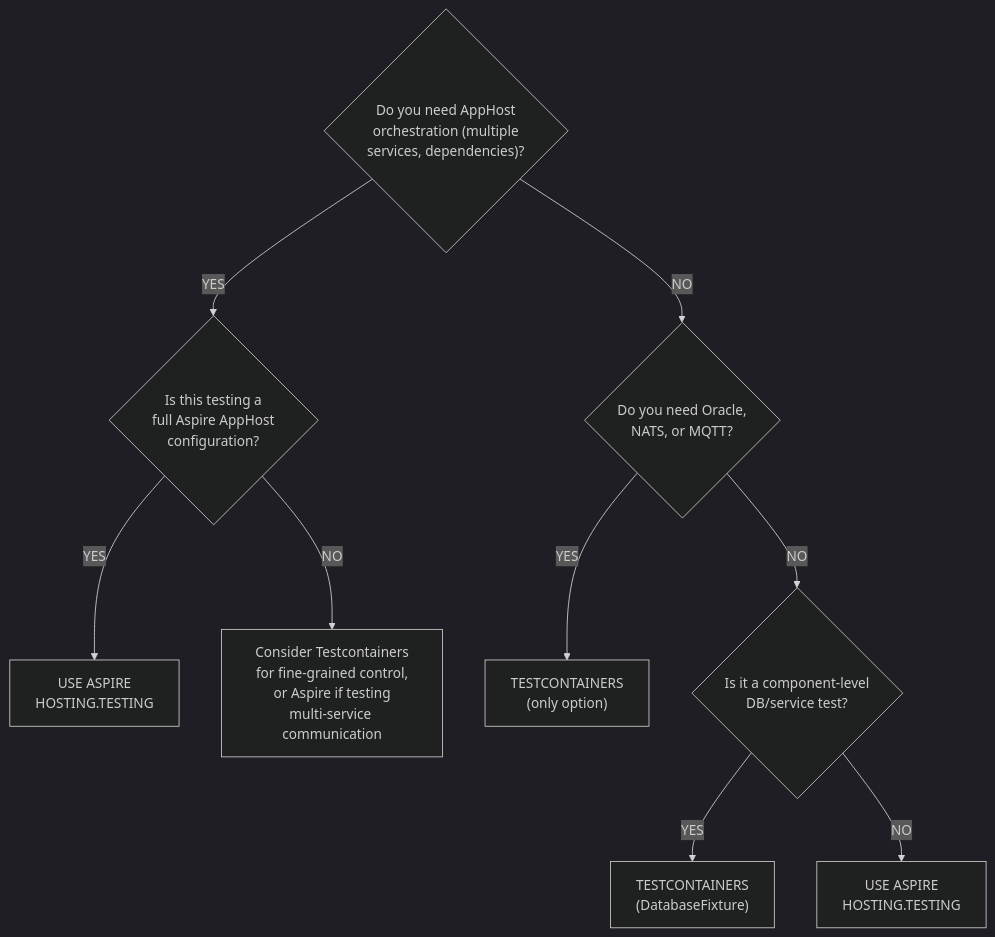
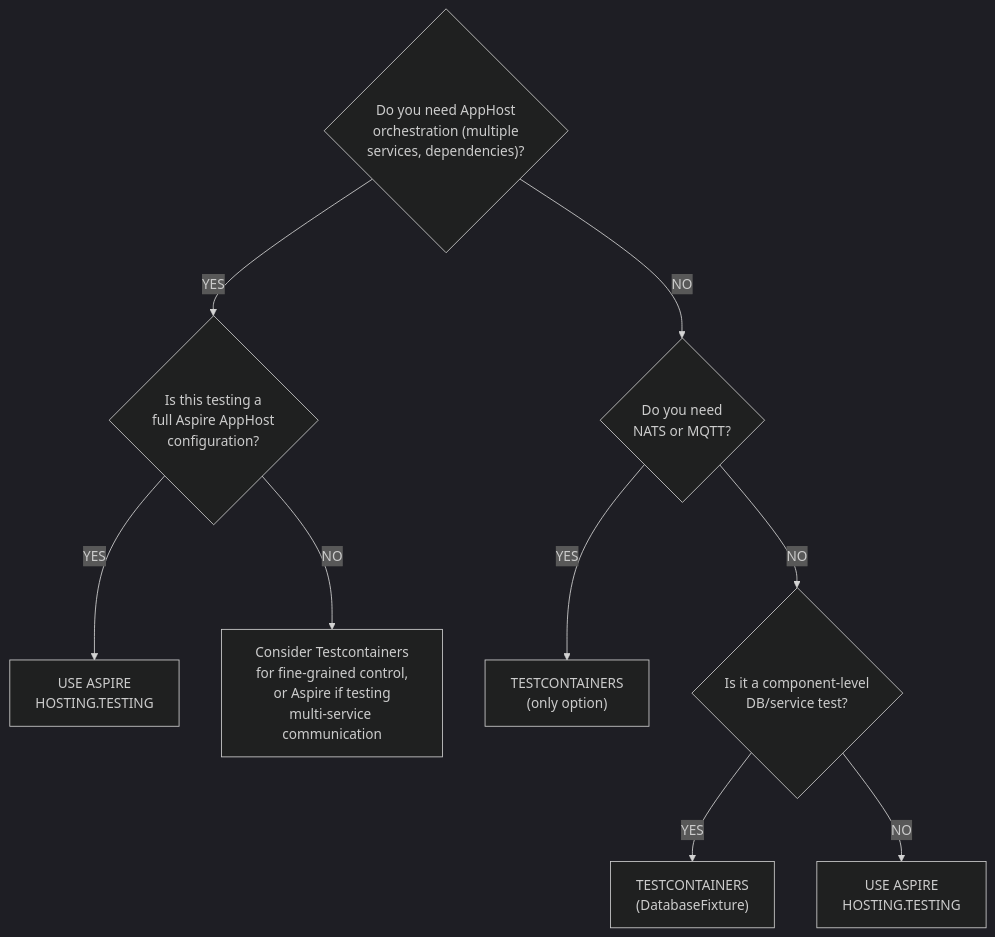
Before and after one commit to dlrivada/Encina: the first of 2 diagrams in docs/testing/aspire-migration-guide.md, drawn with Mermaid (dark theme). The commit also changed other lines of this file and 6 other files, not shown here.

````diff
--- a/docs/testing/aspire-migration-guide.md
+++ b/docs/testing/aspire-migration-guide.md
@@ -18,15 +18,15 @@
 ```mermaid
 flowchart TD
     Q1{"Do you need AppHost<br/>orchestration (multiple<br/>services, dependencies)?"}
     Q1 -->|"YES"| Q2{"Is this testing a<br/>full Aspire AppHost<br/>configuration?"}
-    Q1 -->|"NO"| Q3{"Do you need Oracle,<br/>NATS, or MQTT?"}
+    Q1 -->|"NO"| Q3{"Do you need<br/>NATS or MQTT?"}
 
     Q2 -->|"YES"| A1["USE ASPIRE<br/>HOSTING.TESTING"]
     Q2 -->|"NO"| A5["Consider Testcontainers<br/>for fine-grained control,<br/>or Aspire if testing<br/>multi-service communication"]
 
     Q3 -->|"YES"| A2["TESTCONTAINERS<br/>(only option)"]
     Q3 -->|"NO"| Q4{"Is it a component-level<br/>DB/service test?"}
 
     Q4 -->|"YES"| A3["TESTCONTAINERS<br/>(DatabaseFixture)"]
     Q4 -->|"NO"| A4["USE ASPIRE<br/>HOSTING.TESTING"]
 ```
````
